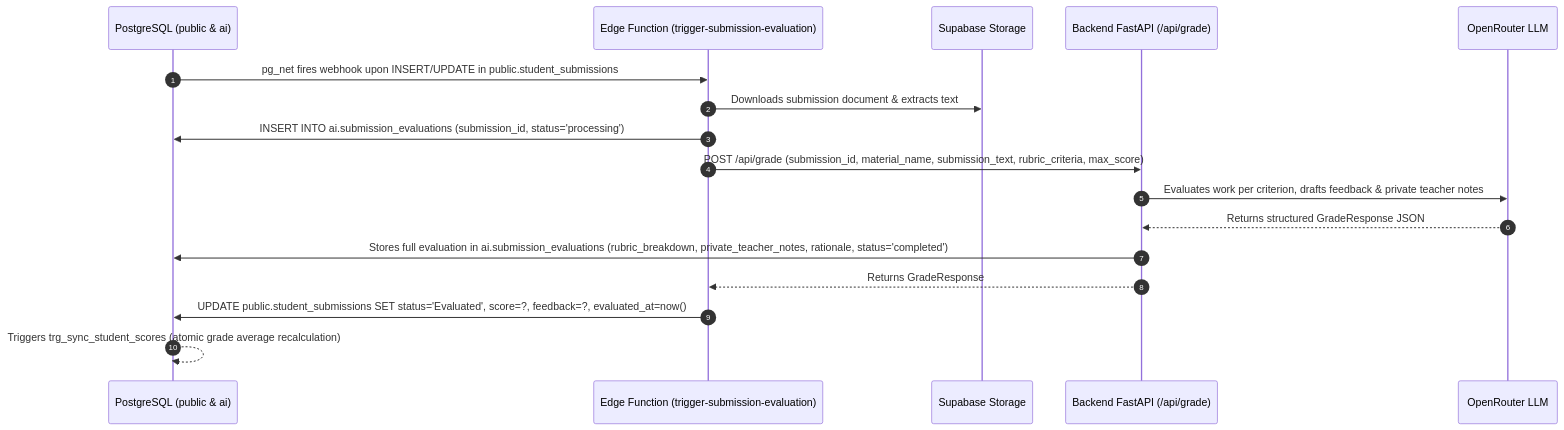
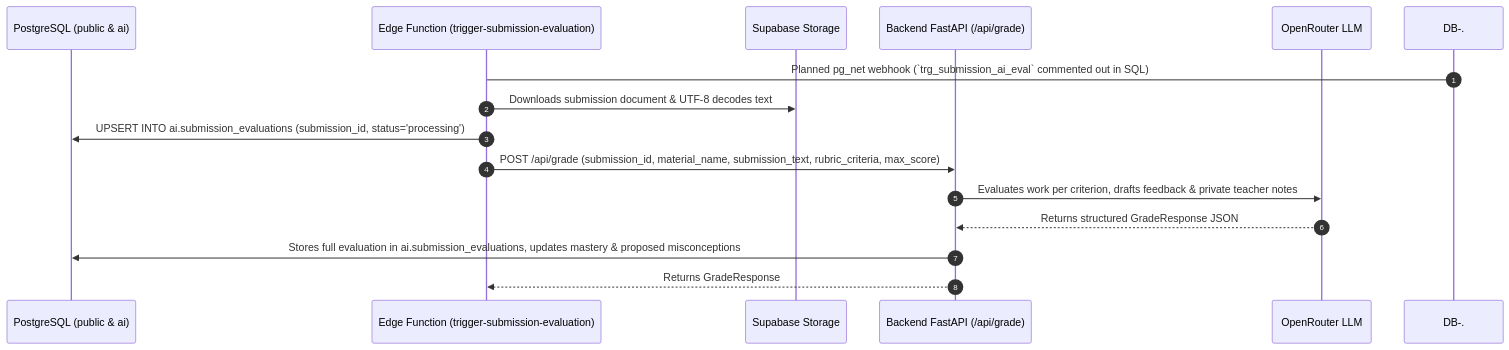
Before and after one commit to VictorBravo9er/Teacher-Assistant-Workspace: the second of 5 diagrams in docs/systems/workflows/submission_and_grading_workflows.md, drawn with Mermaid. The commit also changed other lines of this file and 43 other files, not shown here.

````diff
--- a/docs/systems/workflows/submission_and_grading_workflows.md
+++ b/docs/systems/workflows/submission_and_grading_workflows.md
@@ -58,23 +58,20 @@
 ```mermaid
 sequenceDiagram
     autonumber
     participant DB as PostgreSQL (public & ai)
     participant Edge as Edge Function (trigger-submission-evaluation)
     participant Storage as Supabase Storage
     participant BE as Backend FastAPI (/api/grade)
     participant LLM as OpenRouter LLM
 
-    DB->>Edge: pg_net fires webhook upon INSERT/UPDATE in public.student_submissions
-    Edge->>Storage: Downloads submission document & extracts text
-    Edge->>DB: INSERT INTO ai.submission_evaluations (submission_id, status='processing')
+    DB-.->Edge: Planned pg_net webhook (`trg_submission_ai_eval` commented out in SQL)
+    Edge->>Storage: Downloads submission document & UTF-8 decodes text
+    Edge->>DB: UPSERT INTO ai.submission_evaluations (submission_id, status='processing')
     
     Edge->>BE: POST /api/grade (submission_id, material_name, submission_text, rubric_criteria, max_score)
     BE->>LLM: Evaluates work per criterion, drafts feedback & private teacher notes
     LLM-->>BE: Returns structured GradeResponse JSON
     
-    BE->>DB: Stores full evaluation in ai.submission_evaluations (rubric_breakdown, private_teacher_notes, rationale, status='completed')
+    BE->>DB: Stores full evaluation in ai.submission_evaluations, updates mastery & proposed misconceptions
     BE-->>Edge: Returns GradeResponse
-    
-    Edge->>DB: UPDATE public.student_submissions SET status='Evaluated', score=?, feedback=?, evaluated_at=now()
-    DB-->>DB: Triggers trg_sync_student_scores (atomic grade average recalculation)
 ```
````
